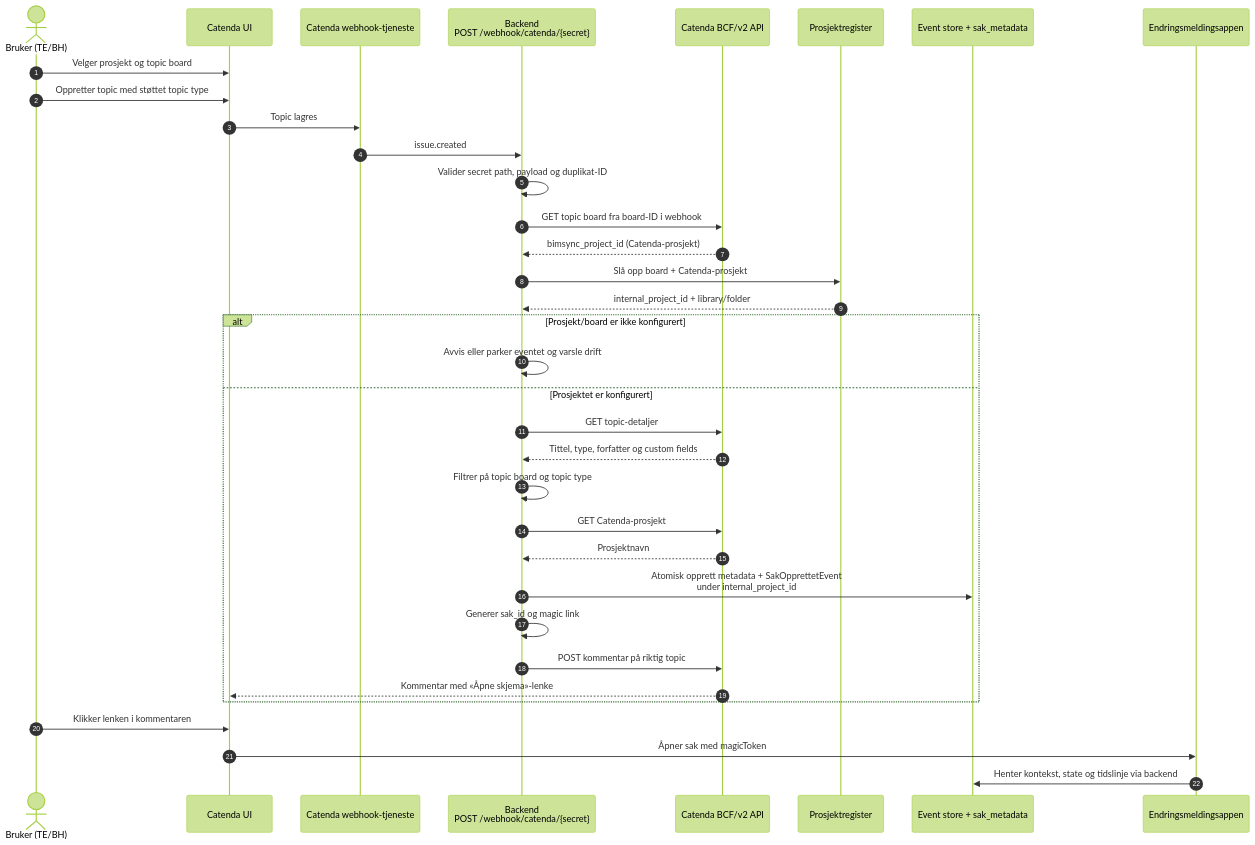
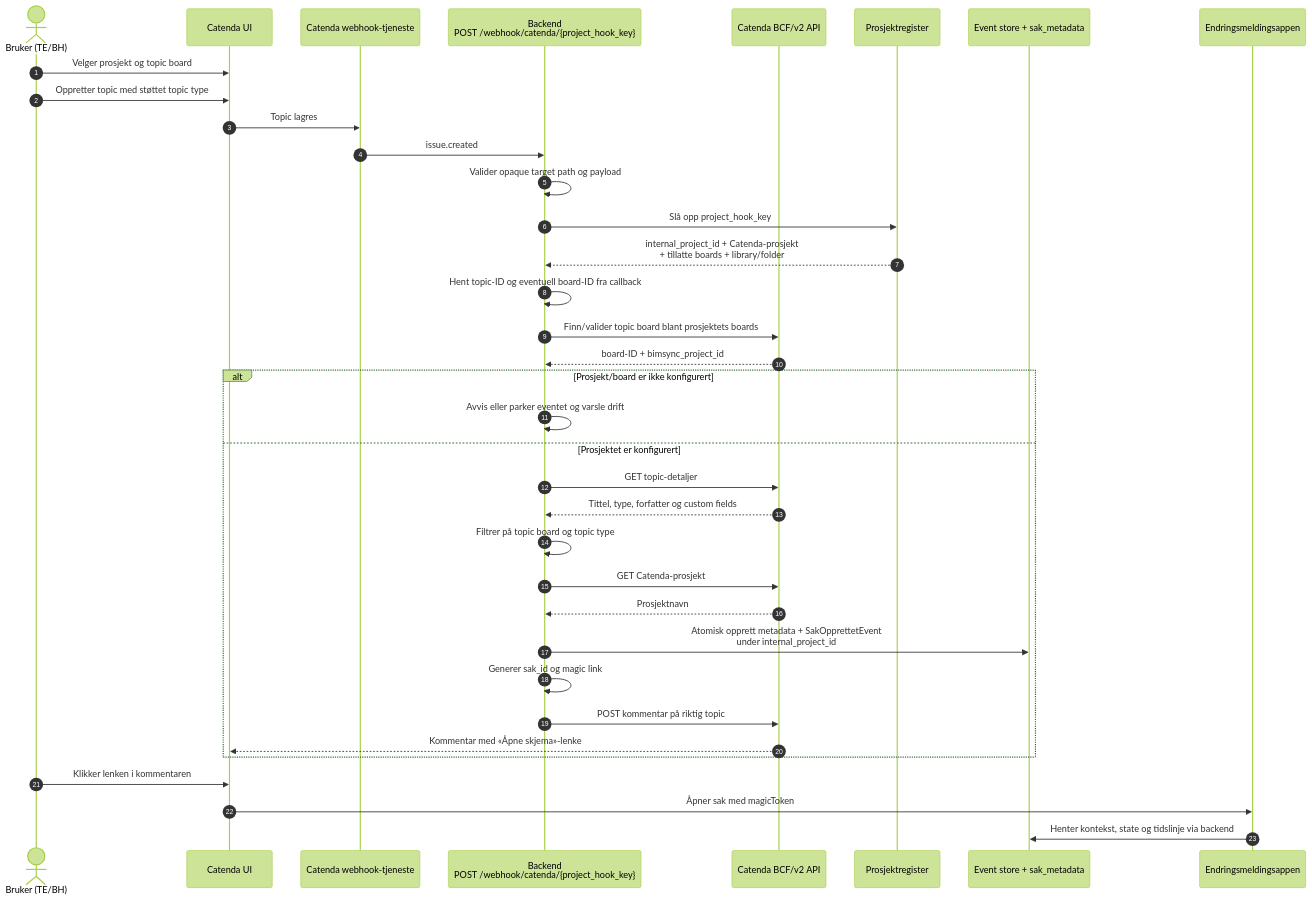
One commit to khjohns/endringsmeldinger changed the third of 6 diagrams in docs/catenda-dataflyt.md. Above: the diagram before and after it, drawn with Mermaid (forest theme). The commit also changed other lines of this file and 22 other files, not shown here.

````diff
--- a/docs/catenda-dataflyt.md
+++ b/docs/catenda-dataflyt.md
@@ -112,43 +112,44 @@
 ```mermaid
 sequenceDiagram
     autonumber
     actor U as Bruker (TE/BH)
     participant UI as Catenda UI
     participant CAT as Catenda webhook-tjeneste
-    participant WH as Backend<br/>POST /webhook/catenda/{secret}
+    participant WH as Backend<br/>POST /webhook/catenda/{project_hook_key}
     participant API as Catenda BCF/v2 API
     participant REG as Prosjektregister
     participant DB as Event store + sak_metadata
     participant APP as Endringsmeldingsappen
 
     U->>UI: Velger prosjekt og topic board
     U->>UI: Oppretter topic med støttet topic type
     UI->>CAT: Topic lagres
     CAT->>WH: issue.created
 
-    WH->>WH: Valider secret path, payload og duplikat-ID
-    WH->>API: GET topic board fra board-ID i webhook
-    API-->>WH: bimsync_project_id (Catenda-prosjekt)
-    WH->>REG: Slå opp board + Catenda-prosjekt
-    REG-->>WH: internal_project_id + library/folder
+    WH->>WH: Valider opaque target path og payload
+    WH->>REG: Slå opp project_hook_key
+    REG-->>WH: internal_project_id + Catenda-prosjekt<br/>+ tillatte boards + library/folder
+    WH->>WH: Hent topic-ID og eventuell board-ID fra callback
+    WH->>API: Finn/valider topic board blant prosjektets boards
+    API-->>WH: board-ID + bimsync_project_id
 
     alt Prosjekt/board er ikke konfigurert
         WH->>WH: Avvis eller parker eventet og varsle drift
     else Prosjektet er konfigurert
         WH->>API: GET topic-detaljer
         API-->>WH: Tittel, type, forfatter og custom fields
         WH->>WH: Filtrer på topic board og topic type
 
         WH->>API: GET Catenda-prosjekt
         API-->>WH: Prosjektnavn
 
         WH->>DB: Atomisk opprett metadata + SakOpprettetEvent<br/>under internal_project_id
         WH->>WH: Generer sak_id og magic link
         WH->>API: POST kommentar på riktig topic
         API-->>UI: Kommentar med «Åpne skjema»-lenke
     end
 
     U->>UI: Klikker lenken i kommentaren
     UI->>APP: Åpner sak med magicToken
     APP->>DB: Henter kontekst, state og tidslinje via backend
 ```
````
